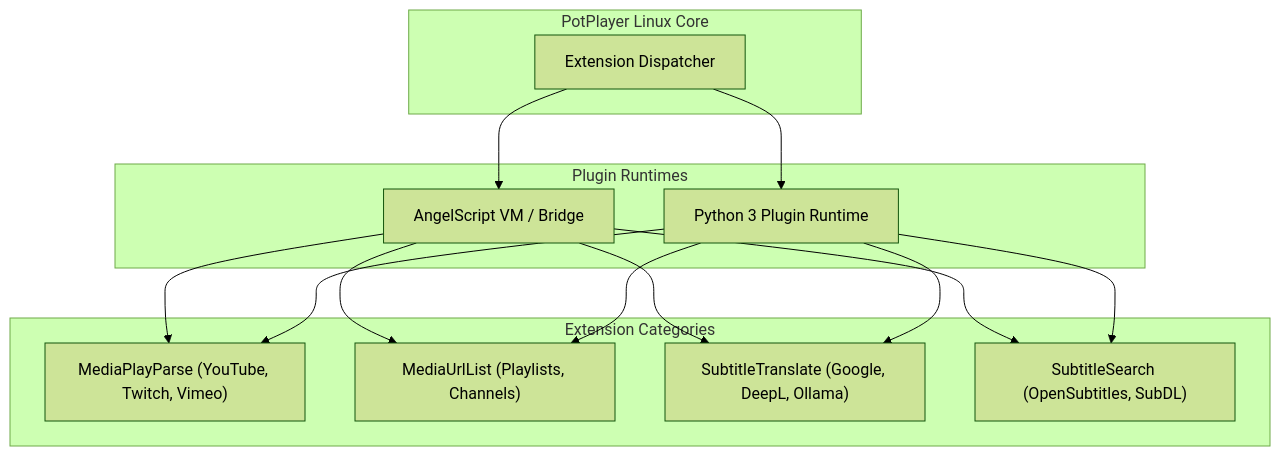
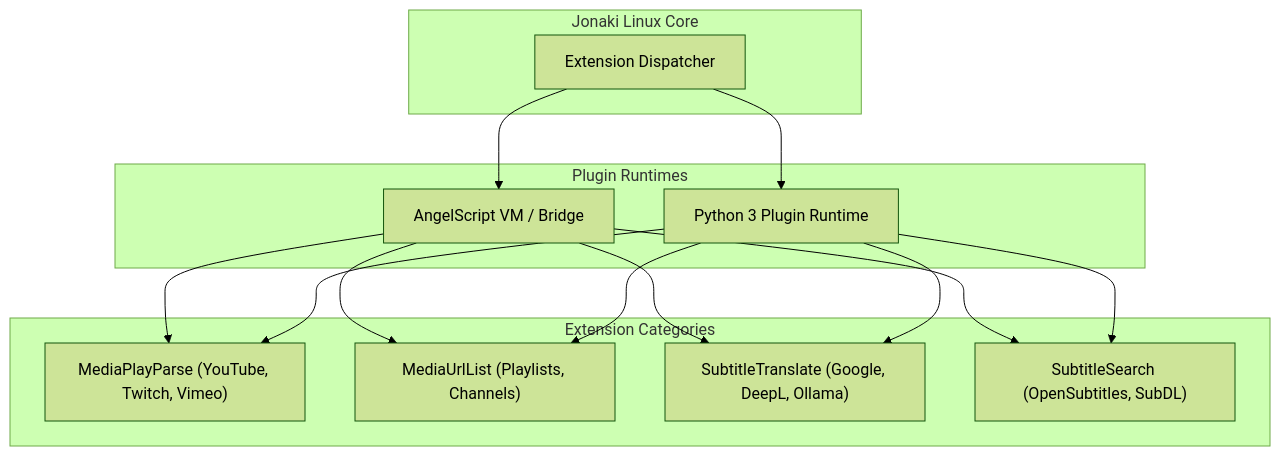
The diagram in docs/EXTENSION_API_SPECIFICATION.md (ashikbits/JonakiPlayer), drawn with Mermaid (forest theme) before and after one commit. The commit also changed other lines of this file and 64 other files, not shown here.

````diff
--- a/docs/EXTENSION_API_SPECIFICATION.md
+++ b/docs/EXTENSION_API_SPECIFICATION.md
@@ -15,23 +15,23 @@
 ```mermaid
 flowchart TD
-    subgraph Host_Player ["PotPlayer Linux Core"]
+    subgraph Host_Player ["Jonaki Linux Core"]
         DISPATCH["Extension Dispatcher"]
     end
 
     subgraph Runtimes ["Plugin Runtimes"]
         AS_VM["AngelScript VM / Bridge"]
         PY_VM["Python 3 Plugin Runtime"]
     end
 
     subgraph Plugins ["Extension Categories"]
         MPP["MediaPlayParse (YouTube, Twitch, Vimeo)"]
         MUL["MediaUrlList (Playlists, Channels)"]
         STR["SubtitleTranslate (Google, DeepL, Ollama)"]
         SRC["SubtitleSearch (OpenSubtitles, SubDL)"]
     end
 
     DISPATCH --> AS_VM
     DISPATCH --> PY_VM
     AS_VM --> MPP & MUL & STR & SRC
     PY_VM --> MPP & MUL & STR & SRC
 ```
````
